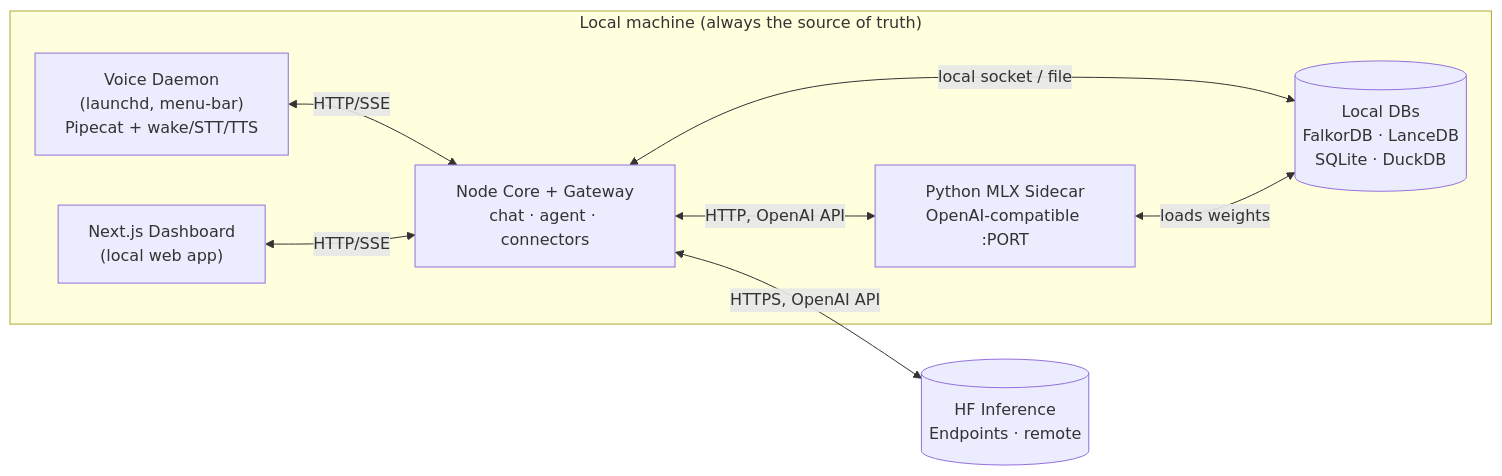
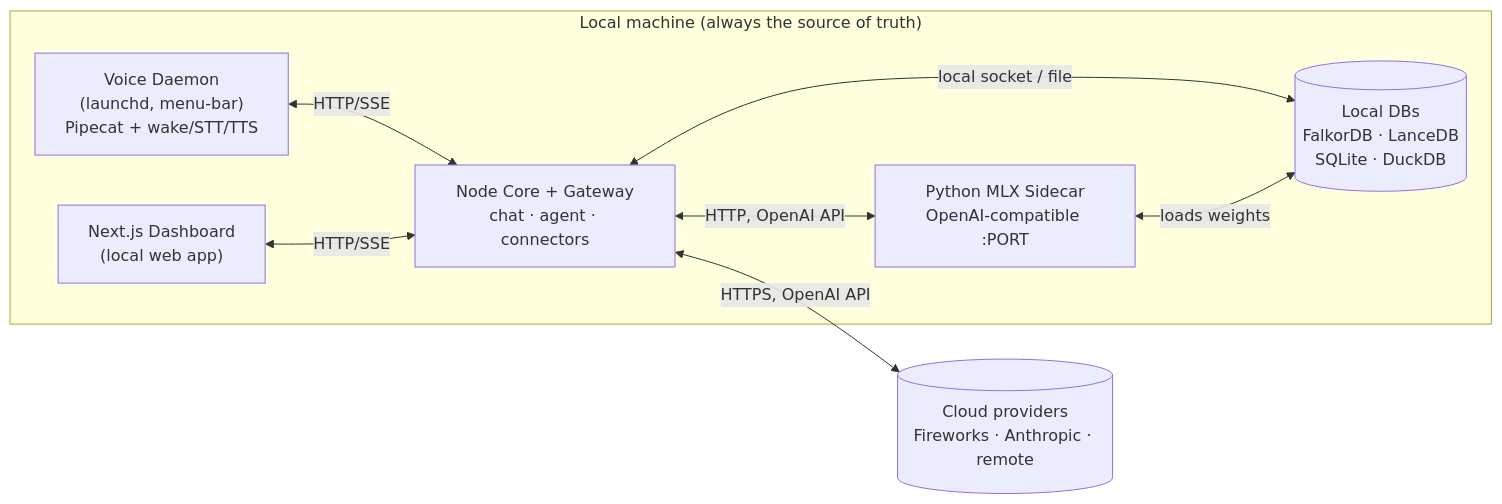
The second of 2 diagrams in architecture/architecture.md (Anirudh-Sridharan/Jarvis), drawn with Mermaid before and after one commit. The commit also changed other lines of this file and 6 other files, not shown here.

````diff
--- a/architecture/architecture.md
+++ b/architecture/architecture.md
@@ -316,18 +320,18 @@
 ```mermaid
 flowchart LR
     subgraph local["Local machine (always the source of truth)"]
         D["Voice Daemon<br/>(launchd, menu-bar)<br/>Pipecat + wake/STT/TTS"]
         N["Node Core + Gateway<br/>chat · agent · connectors"]
         W["Next.js Dashboard<br/>(local web app)"]
         P["Python MLX Sidecar<br/>OpenAI-compatible :PORT"]
         DB[("Local DBs<br/>FalkorDB · LanceDB<br/>SQLite · DuckDB")]
     end
-    HF[(HF Inference<br/>Endpoints · remote)]
+    CLOUD[(Cloud providers<br/>Fireworks · Anthropic · remote)]
 
     D <-->|HTTP/SSE| N
     W <-->|HTTP/SSE| N
     N <-->|HTTP, OpenAI API| P
-    N <-->|HTTPS, OpenAI API| HF
+    N <-->|HTTPS, OpenAI API| CLOUD
     N <-->|local socket / file| DB
     P <-->|loads weights| DB
 ```
````
